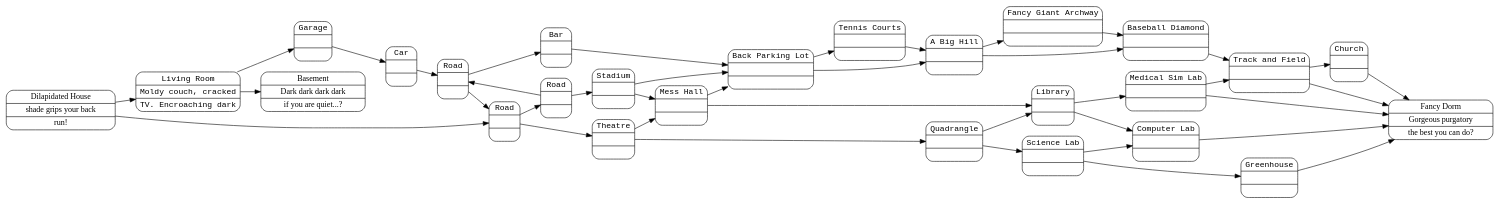
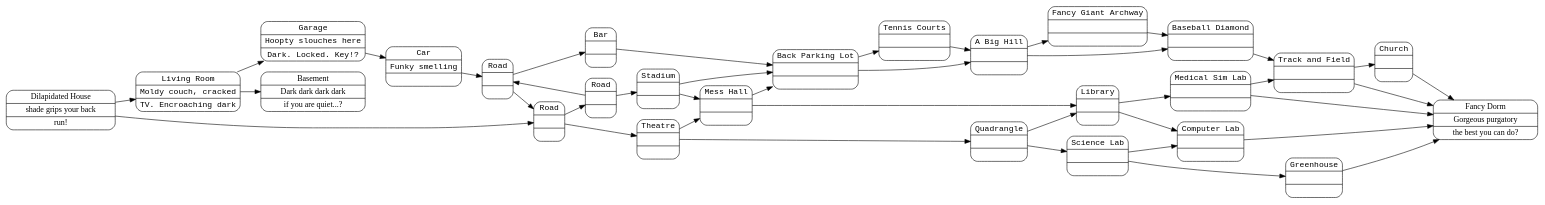
Before and after one commit to vfridell/RoguePoleDisplay: the diagram in MazeAdjacencyGraph.dot, drawn with Graphviz.

Commit message:
updated maze graph doc

```diff
--- a/MazeAdjacencyGraph.dot
+++ b/MazeAdjacencyGraph.dot
@@ -1,61 +1,61 @@
 strict digraph Maze
 {
 graph[overlap = "false", splines = "true",rankdir=LR]
 
 node [style=filled,shape=Mrecord, fontname="courier bold"]
 DilapidatedHouse [fillcolor=white,label="Dilapidated House   |shade grips your back|run!                "]
 Basement [fillcolor=white,label="Basement            |Dark dark dark dark |if you are quiet...?"]
 FancyDorm [fillcolor=white,label="Fancy Dorm          |Gorgeous purgatory  |the best you can do?"]
 
 node [style=rounded,shape=record,fontname="courier"]
 LivingRoom [fillcolor=white,label="Living Room         |Moldy couch, cracked|TV. Encroaching dark"]
-Garage [fillcolor=white,label="Garage              |                    |                    "]
-Car [fillcolor=white,label="Car                 |                    |                    "]
+Garage [fillcolor=white,label="Garage              |Hoopty slouches here|Dark. Locked. Key!? "]
+Car [fillcolor=white,label="Car                 |Funky smelling      |                    "]
 Road1 [fillcolor=white,label="Road                |                    |                    "]
 Road2 [fillcolor=white,label="Road                |                    |                    "]
 Road3 [fillcolor=white,label="Road                |                    |                    "]
 Bar [fillcolor=white,label="Bar                 |                    |                    "]
 Stadium [fillcolor=white,label="Stadium             |                    |                    "]
 Theatre [fillcolor=white,label="Theatre             |                    |                    "]
 Quadrangle [fillcolor=white,label="Quadrangle          |                    |                    "]
 MessHall [fillcolor=white,label="Mess Hall           |                    |                    "]
 BackParkingLot [fillcolor=white,label="Back Parking Lot    |                    |                    "]
 Greenhouse [fillcolor=white,label="Greenhouse          |                    |                    "]
 ScienceLab [fillcolor=white,label="Science Lab         |                    |                    "]
 Library [fillcolor=white,label="Library             |                    |                    "]
 TennisCourts [fillcolor=white,label="Tennis Courts       |                    |                    "]
 ComputerLab [fillcolor=white,label="Computer Lab        |                    |                    "]
 MedSimLab [fillcolor=white,label="Medical Sim Lab     |                    |                    "]
 Hills [fillcolor=white,label="A Big Hill          |                    |                    "]
 FancyArch [fillcolor=white,label="Fancy Giant Archway |                    |                    "]
 BaseballDiamond [fillcolor=white,label="Baseball Diamond    |                    |                    "]
 TrackAndField [fillcolor=white,label="Track and Field     |                    |                    "]
 Church [fillcolor=white,label="Church              |                    |                    "]
 
 DilapidatedHouse -> {LivingRoom Road1}
 LivingRoom -> {Basement Garage}
 Basement -> {}
 Garage -> {Car}
 Car -> {Road3}
 Road1 -> {Theatre Road2}
 Road2 -> {Stadium Road3}
 Road3 -> {Bar Road1}
 Bar -> {BackParkingLot}
 Stadium -> {BackParkingLot MessHall}
 Theatre -> {MessHall Quadrangle}
 Quadrangle -> {Library ScienceLab}
 MessHall -> {BackParkingLot Library}
 BackParkingLot -> {Hills TennisCourts}
 Greenhouse -> {FancyDorm}
 ScienceLab -> {Greenhouse ComputerLab}
 Library -> {ComputerLab MedSimLab}
 TennisCourts -> {Hills}
 ComputerLab -> {FancyDorm}
 MedSimLab -> {FancyDorm TrackAndField}
 Hills -> {FancyArch BaseballDiamond}
 FancyArch -> {BaseballDiamond}
 BaseballDiamond -> {TrackAndField}
 TrackAndField -> {FancyDorm Church}
 Church -> {FancyDorm}
 FancyDorm -> {}
 }
```
